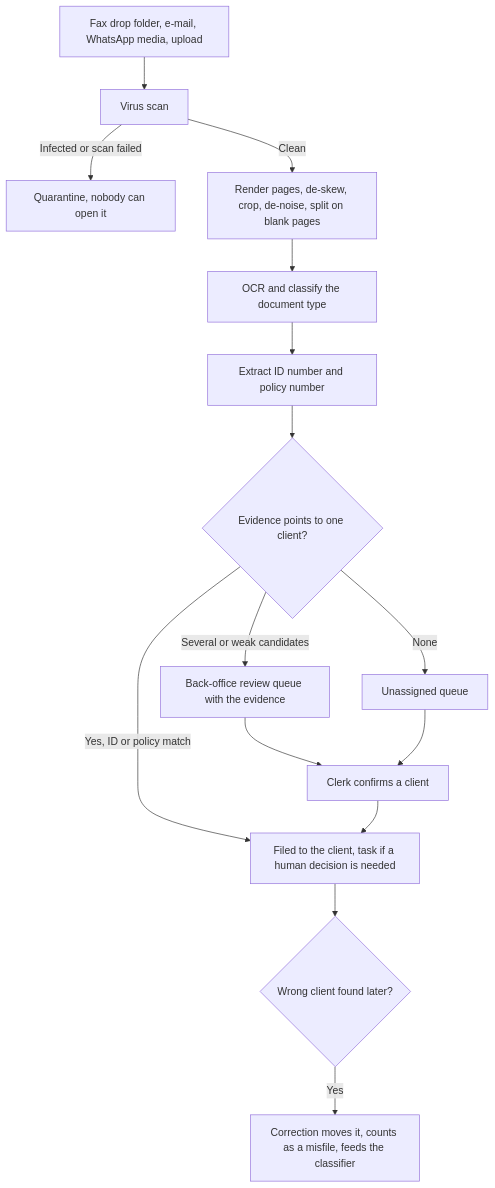
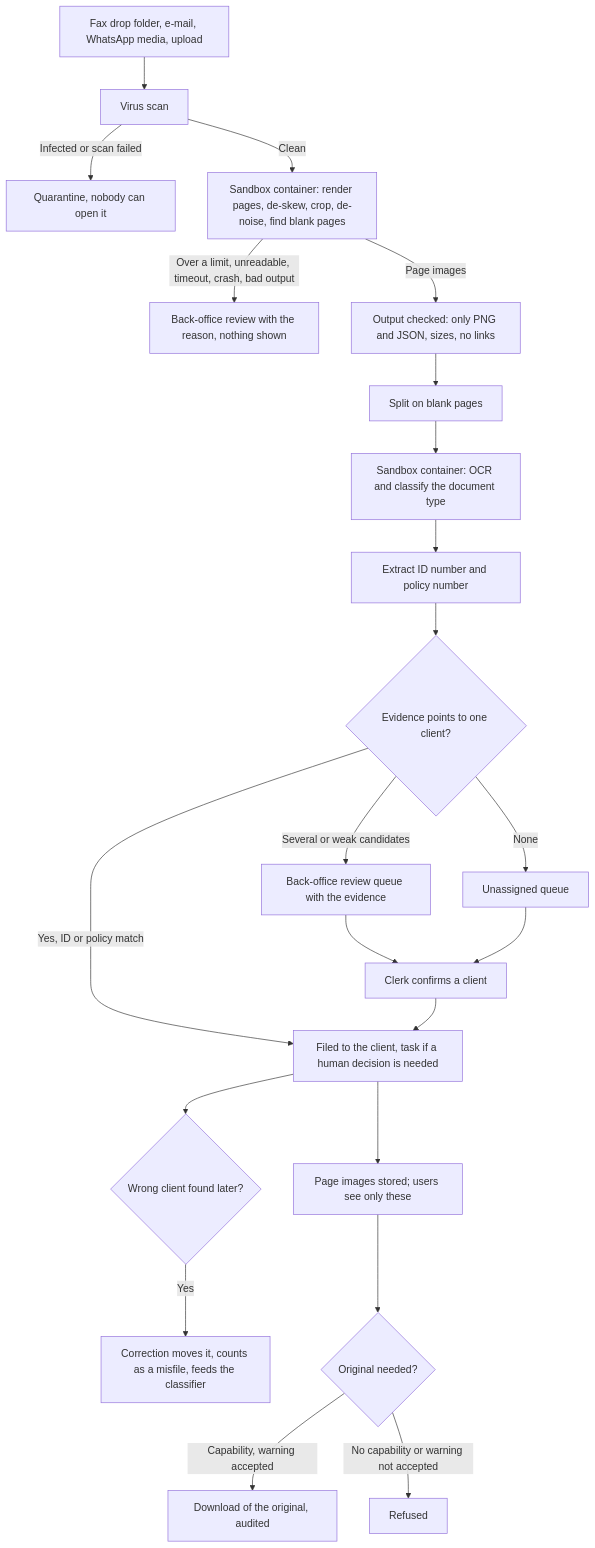
Before and after one commit to larytet/ansurance: the fourth of 4 diagrams in docs/FLOWS.md, drawn with Mermaid. The commit also changed other lines of this file and 52 other files, not shown here.

Commit message:
M19 document sandbox: parsing moved to a locked-down sandbox service, output checked by the host, page images stored and served, original download needs a capability and a warning, refused files go to review; 650 backend, 140 web, 13 browser and 3 container tests pass

````diff
--- a/docs/FLOWS.md
+++ b/docs/FLOWS.md
@@ -101,17 +102,24 @@
 ```mermaid
 flowchart TD
     A[Fax drop folder, e-mail, WhatsApp media, upload] --> B[Virus scan]
     B -->|Infected or scan failed| Q[Quarantine, nobody can open it]
-    B -->|Clean| C[Render pages, de-skew, crop, de-noise, split on blank pages]
-    C --> D[OCR and classify the document type]
+    B -->|Clean| C[Sandbox container: render pages, de-skew, crop, de-noise, find blank pages]
+    C -->|Over a limit, unreadable, timeout, crash, bad output| M[Back-office review with the reason, nothing shown]
+    C -->|Page images| C2[Output checked: only PNG and JSON, sizes, no links]
+    C2 --> C3[Split on blank pages]
+    C3 --> D[Sandbox container: OCR and classify the document type]
     D --> E[Extract ID number and policy number]
     E --> F{Evidence points to one client?}
     F -->|Yes, ID or policy match| G[Filed to the client, task if a human decision is needed]
     F -->|Several or weak candidates| H[Back-office review queue with the evidence]
     F -->|None| I[Unassigned queue]
     H --> J[Clerk confirms a client]
     I --> J
     J --> G
     G --> K{Wrong client found later?}
     K -->|Yes| L[Correction moves it, counts as a misfile, feeds the classifier]
+    G --> V[Page images stored; users see only these]
+    V --> O{Original needed?}
+    O -->|Capability, warning accepted| P[Download of the original, audited]
+    O -->|No capability or warning not accepted| R[Refused]
 ```
````
